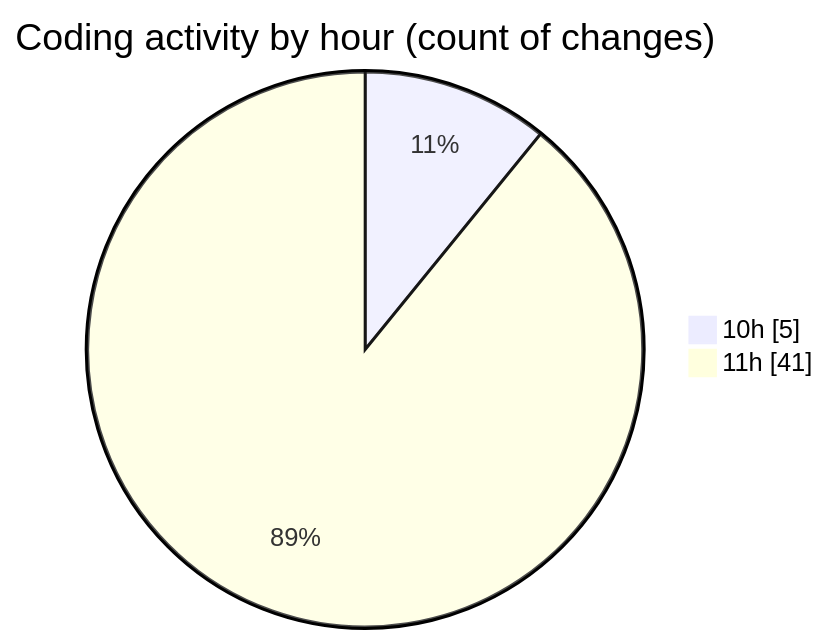
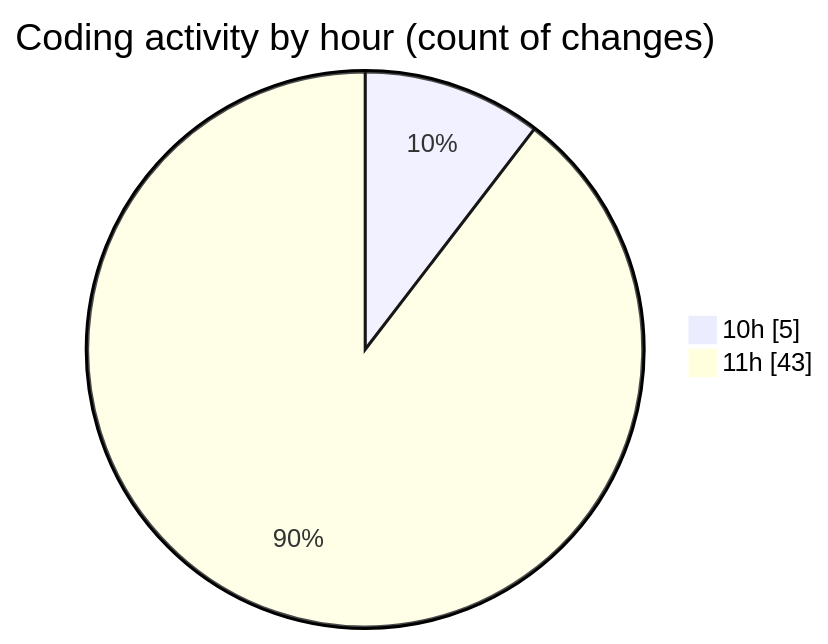
One commit to momahboobian/code-tracking changed the second of 2 diagrams in 2025-06-17/cda/README.md. Above: the diagram before and after it, drawn with Mermaid. The commit also changed other lines of this file and 1 other file, not shown here.

````diff
--- a/2025-06-17/cda/README.md
+++ b/2025-06-17/cda/README.md
@@ -29,6 +29,6 @@
 ```mermaid
 pie showData
 title Coding activity by hour (count of changes)
 "10h" : 5
-"11h" : 41
+"11h" : 43
 ```
````
